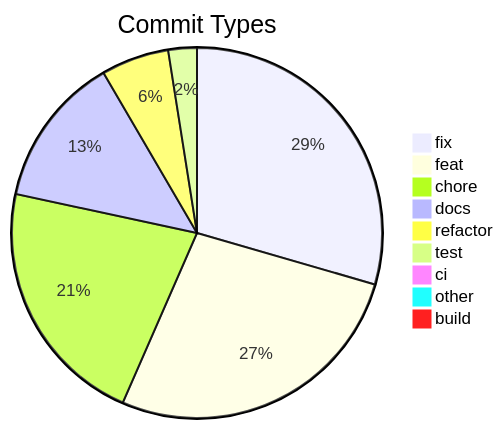
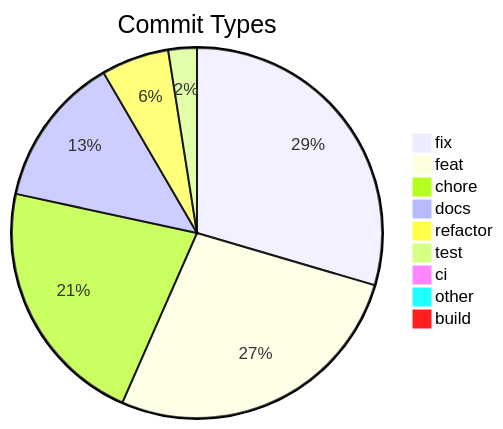
Before and after one commit to svenroth-ai/shipwright: the diagram in .shipwright/compliance/change-history.md, drawn with Mermaid. The commit also changed other lines of this file and 27 other files, not shown here.

````diff
--- a/.shipwright/compliance/change-history.md
+++ b/.shipwright/compliance/change-history.md
@@ -8,12 +8,12 @@
 ```mermaid
 pie title Commit Types
-    "fix" : 319
+    "fix" : 320
     "feat" : 293
     "chore" : 236
     "docs" : 143
     "refactor" : 64
     "test" : 27
     "ci" : 11
     "other" : 7
     "build" : 1
 ```
````
